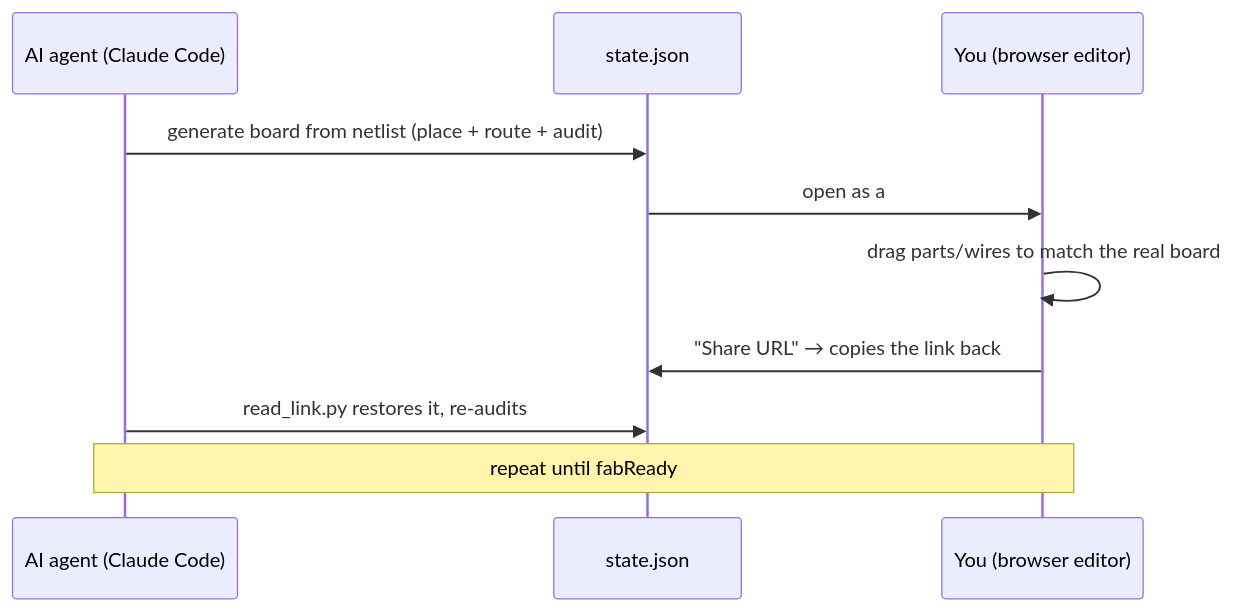
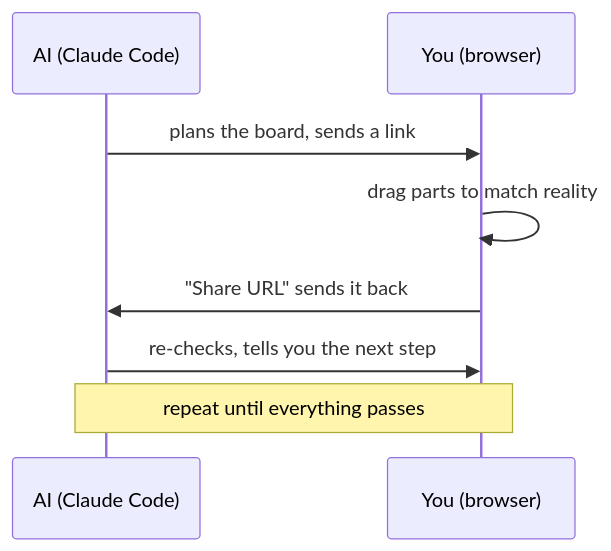
The diagram in README.md (KeckuJp/perfwire), drawn with Mermaid before and after one commit. The commit also changed other lines of this file and 1 other file, not shown here.

````diff
--- a/README.md
+++ b/README.md
@@ -46,12 +35,10 @@
 ```mermaid
 sequenceDiagram
-    participant Agent as AI agent (Claude Code)
-    participant State as state.json
-    participant You as You (browser editor)
-    Agent->>State: generate board from netlist (place + route + audit)
-    State->>You: open as a #z= link
-    You->>You: drag parts/wires to match the real board
-    You->>State: "Share URL" → copies the link back
-    Agent->>State: read_link.py restores it, re-audits
-    Note over Agent,You: repeat until fabReady
+    participant Agent as AI (Claude Code)
+    participant You as You (browser)
+    Agent->>You: plans the board, sends a link
+    You->>You: drag parts to match reality
+    You->>Agent: "Share URL" sends it back
+    Agent->>You: re-checks, tells you the next step
+    Note over Agent,You: repeat until everything passes
 ```
````
